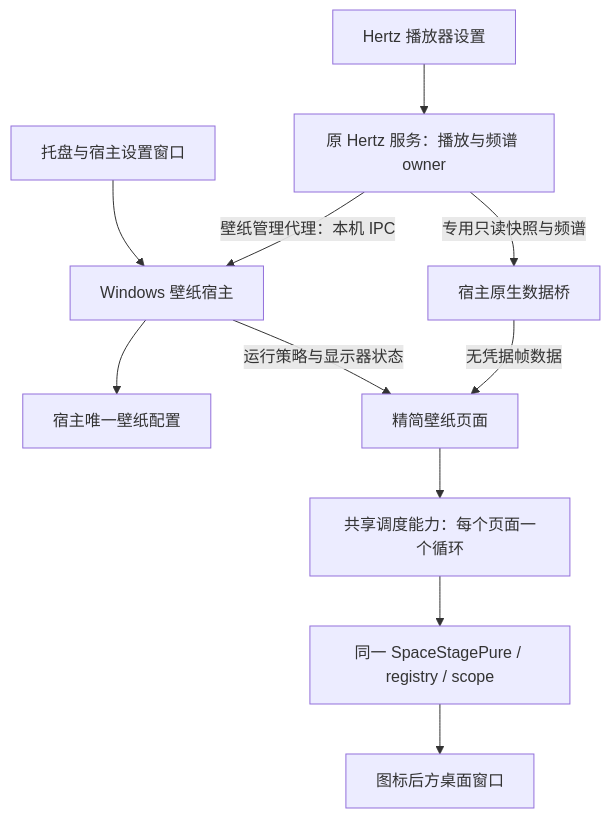
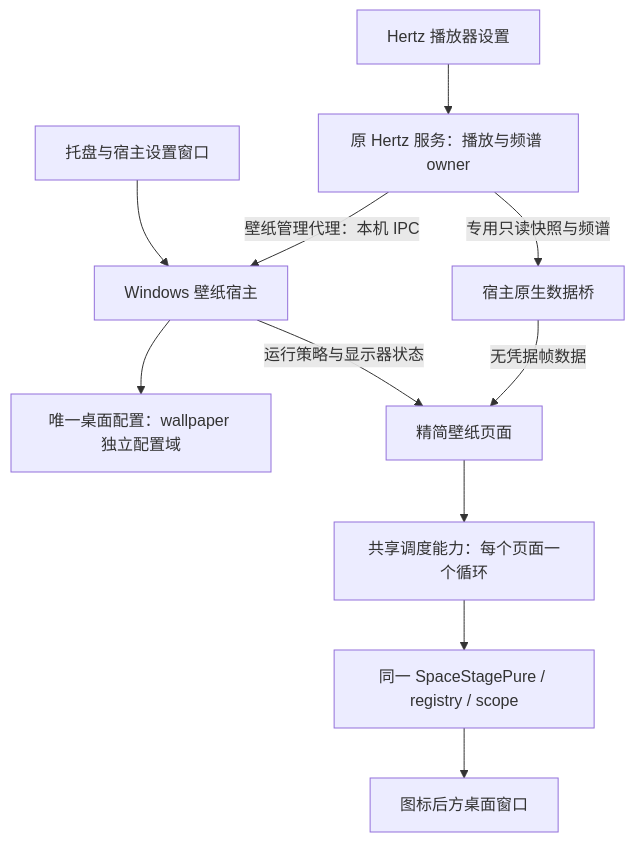
One commit to onceMisery/hertz-studio changed the diagram in docs/desktop-wallpaper.md. Above: the diagram before and after it, drawn with Mermaid. The commit also changed other lines of this file and 2 other files, not shown here.

Commit message:
docs: add the desktop-lyrics design and update the roadmap

````diff
--- a/docs/desktop-wallpaper.md
+++ b/docs/desktop-wallpaper.md
@@ -129,13 +131,13 @@
 ```mermaid
 flowchart TD
   Player[Hertz 播放器设置] --> Service[原 Hertz 服务：播放与频谱 owner]
   Service -->|壁纸管理代理：本机 IPC| Native[Windows 壁纸宿主]
   Tray[托盘与宿主设置窗口] --> Native
-  Native --> Config[宿主唯一壁纸配置]
+  Native --> Config[唯一桌面配置：wallpaper 独立配置域]
   Service -->|专用只读快照与频谱| Feed[宿主原生数据桥]
   Feed -->|无凭据帧数据| View[精简壁纸页面]
   Native -->|运行策略与显示器状态| View
   View --> Scheduler[共享调度能力：每个页面一个循环]
   Scheduler --> Engine[同一 SpaceStagePure / registry / scope]
   Engine --> Desktop[图标后方桌面窗口]
 ```
````
